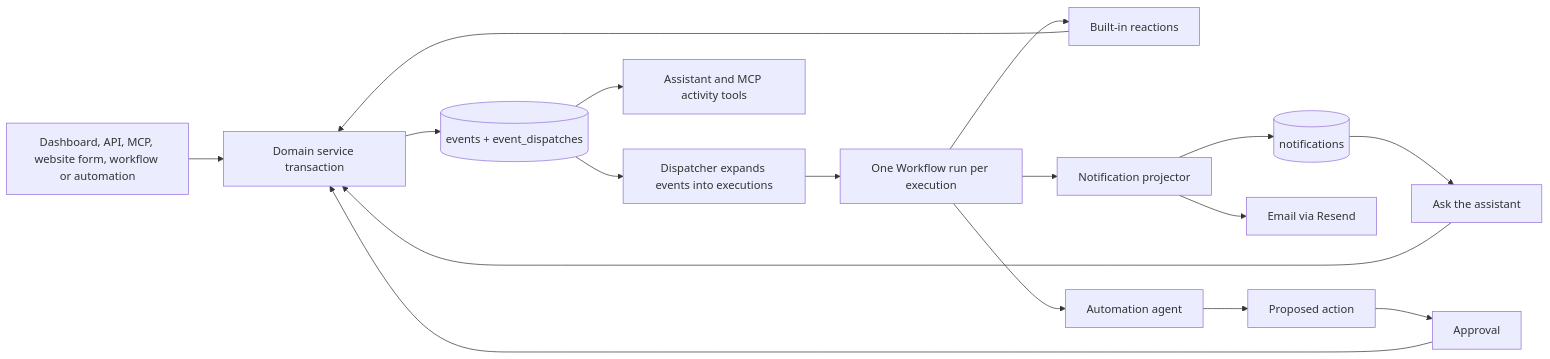
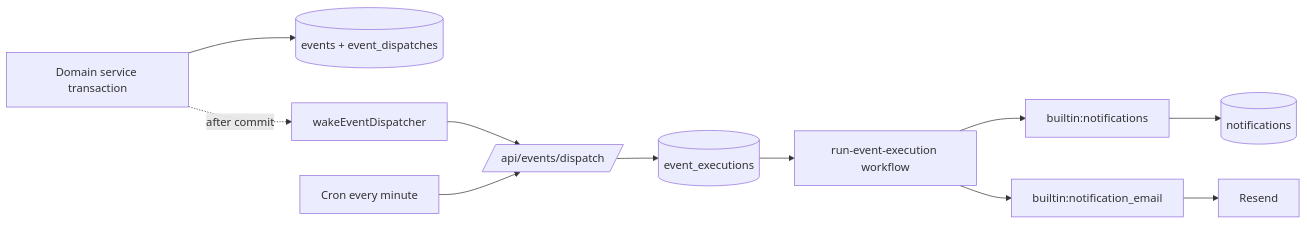
One commit to kaissalha/starter changed the diagram in docs/events-and-notifications.md. Above: the diagram before and after it, drawn with Mermaid. The commit also changed other lines of this file and 1403 other files, not shown here.

````diff
--- a/docs/events-and-notifications.md
+++ b/docs/events-and-notifications.md
@@ -34,19 +15,13 @@
 ```mermaid
 flowchart LR
-    Change[Dashboard, API, MCP, website form, workflow or automation] --> Service[Domain service transaction]
-    Service --> Log[(events + event_dispatches)]
-    Log --> Dispatcher[Dispatcher expands events into executions]
-    Dispatcher --> Runs[One Workflow run per execution]
-    Runs --> Triage[Built-in reactions]
-    Runs --> Projector[Notification projector]
+    Service[Domain service transaction] --> Log[(events + event_dispatches)]
+    Service -. after commit .-> Wake[wakeEventDispatcher]
+    Wake --> Dispatcher[/api/events/dispatch/]
+    Cron[Cron every minute] --> Dispatcher
+    Dispatcher --> Executions[(event_executions)]
+    Executions --> Run[run-event-execution workflow]
+    Run --> Projector[builtin:notifications]
+    Run --> Email[builtin:notification_email]
     Projector --> Inbox[(notifications)]
-    Projector --> Email[Email via Resend]
-    Inbox --> Ask[Ask the assistant]
-    Log --> Tools[Assistant and MCP activity tools]
-    Runs --> Agent[Automation agent]
-    Agent --> Proposal[Proposed action]
-    Proposal --> Approval[Approval]
-    Approval --> Service
-    Ask --> Service
-    Triage --> Service
+    Email --> Resend[Resend]
 ```
````
